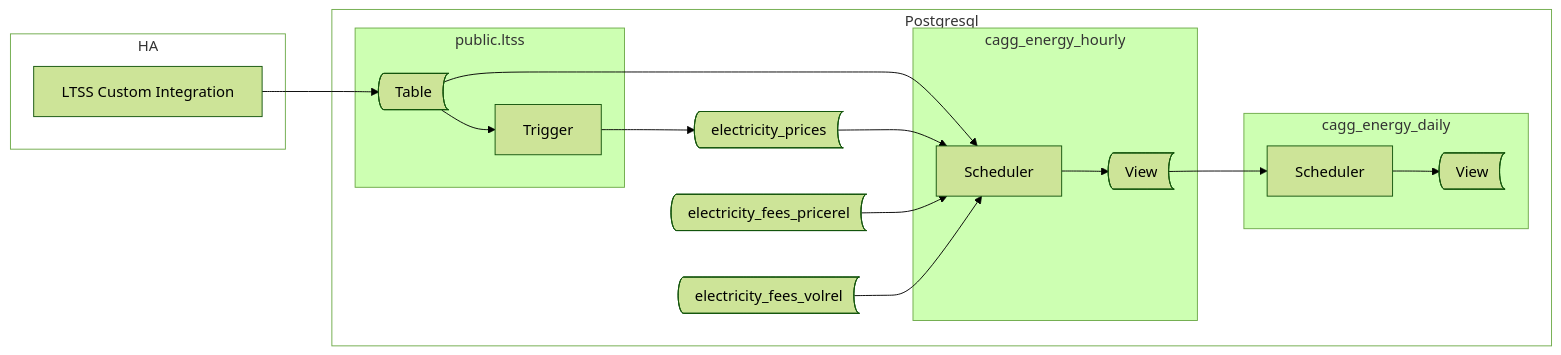
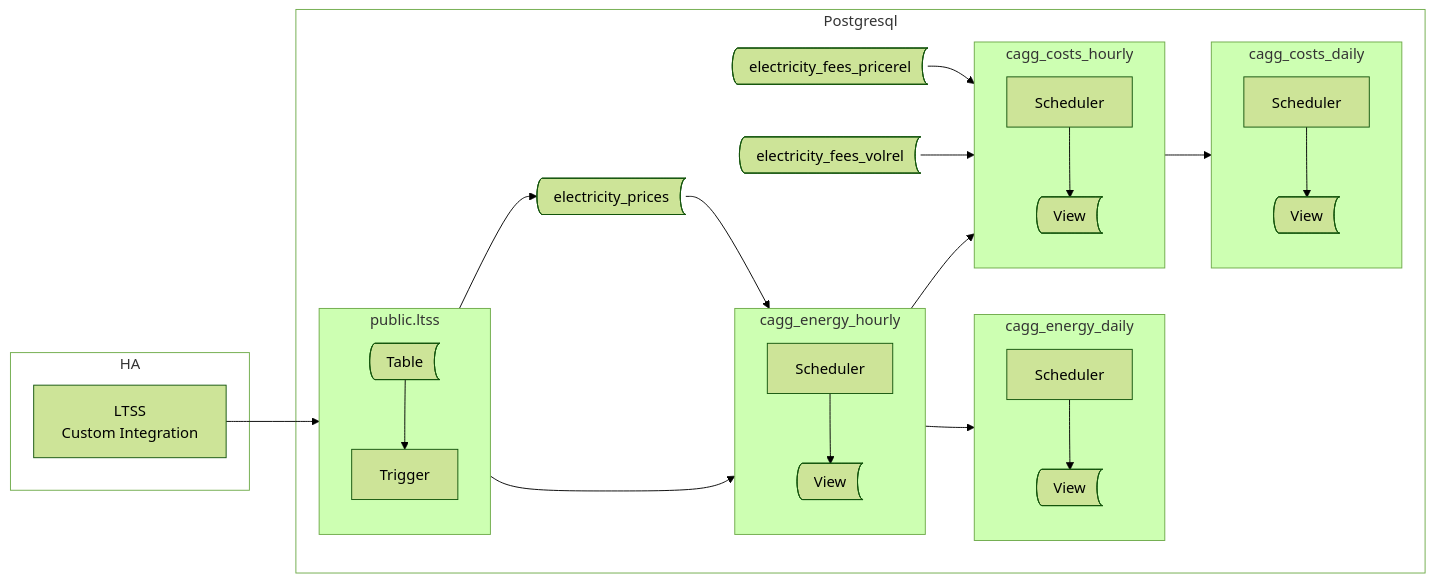
Before and after one commit to michalk-k/Home-Assistant-TimscaleDB: the diagram in ha-energy-spot.md, drawn with Mermaid (forest theme). The commit also changed other lines of this file, not shown here.

````diff
--- a/ha-energy-spot.md
+++ b/ha-energy-spot.md
@@ -15,44 +20,63 @@
 ```mermaid
 flowchart LR
 
     subgraph Postgresql
         style Postgresql fill:transparent
         style HA fill:transparent
 
         t_prices@{ shape: bow-rect, label: "electricity_prices" }
         t_feesp@{ shape: bow-rect, label: "electricity_fees_pricerel" }
         t_feesv@{ shape: bow-rect, label: "electricity_fees_volrel" }
 
         subgraph public.ltss
+            direction TB
             t_ltss@{ shape: bow-rect, label: "Table" }
             tr_ltss@{ shape: rect, label: "Trigger" }
         end
 
         subgraph cagg_energy_hourly
-            v_hourly@{ shape: bow-rect, label: "View" }
-            p_hourly@{ shape: rect, label: "Scheduler" }
+            direction TB
+            v_energy_h@{ shape: bow-rect, label: "View" }
+            p_energy_h@{ shape: rect, label: "Scheduler" }
         end
 
         subgraph cagg_energy_daily
-            v_daily@{ shape: bow-rect, label: "View" }
-            p_daily@{ shape: rect, label: "Scheduler" }
+            direction TB
+            v_energy_d@{ shape: bow-rect, label: "View" }
+            p_energy_d@{ shape: rect, label: "Scheduler" }
+        end
+
+        subgraph cagg_costs_hourly
+            direction TB
+            v_costs_h@{ shape: bow-rect, label: "View" }
+            p_costs_h@{ shape: rect, label: "Scheduler" }
+        end
+
+        subgraph cagg_costs_daily
+            direction TB
+            v_costs_d@{ shape: bow-rect, label: "View" }
+            p_costs_d@{ shape: rect, label: "Scheduler" }
         end
 
     end
 
     subgraph HA
         
-        p_ltss@{ shape: rect, label: "LTSS Custom Integration" }
+        p_ltss@{ shape: rect, label: "LTSS\nCustom Integration" }
     end
 
-    v_hourly-->p_daily
-    t_ltss-->p_hourly
-    t_prices-->p_hourly
-    t_feesp-->p_hourly
-    t_feesv-->p_hourly
+    v_energy_h-->p_energy_d
+    t_ltss-->p_energy_h
+    t_prices-->p_energy_h
+    t_feesp-->p_costs_h
+    t_feesv-->p_costs_h
     tr_ltss-->t_prices
     p_ltss-->t_ltss
-    p_hourly-->v_hourly
-    p_daily-->v_daily
+    p_energy_h-->v_energy_h
+    p_energy_d-->v_energy_d
+    v_energy_h-->p_costs_h
+    v_costs_h-->p_costs_d
+    p_costs_h-->v_costs_h
+    p_costs_d-->v_costs_d
     t_ltss-->tr_ltss
 ```
````
